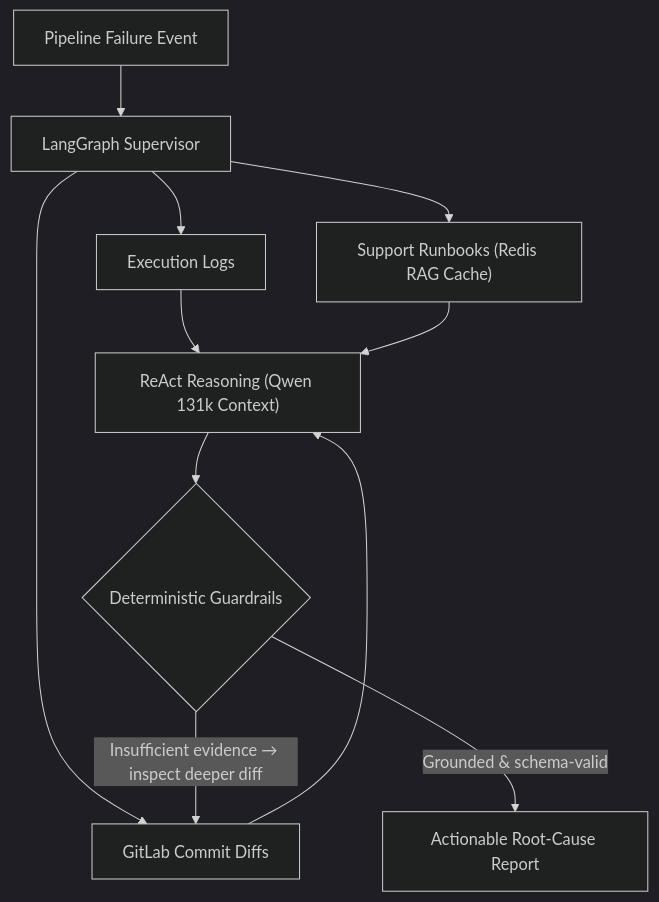
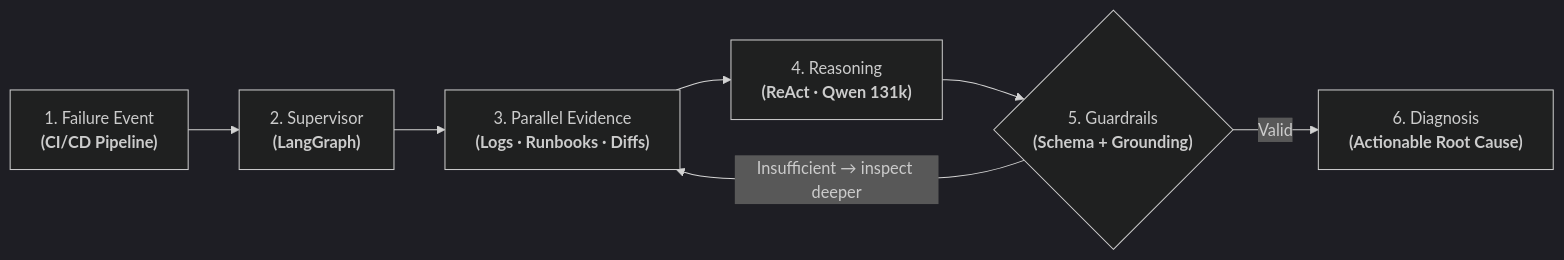
One commit to oredondo/oredondo.github.io changed the diagram in docs/blog/posts/2026-03-10-agentic-cicd-diagnostics-langgraph.md. Above: the diagram before and after it, drawn with Mermaid (dark theme). The commit also changed other lines of this file and 31 other files, not shown here.

First line of the commit message:
refactor(portfolio): unify architecture case studies, NextGen context, blog essays, and bilingual CV

````diff
--- a/docs/blog/posts/2026-03-10-agentic-cicd-diagnostics-langgraph.md
+++ b/docs/blog/posts/2026-03-10-agentic-cicd-diagnostics-langgraph.md
@@ -42,11 +42,9 @@
 ```mermaid
-flowchart TD
-    Event["Pipeline Failure Event"] --> Supervisor["LangGraph Supervisor"]
-    Supervisor --> Logs["Execution Logs"]
-    Supervisor --> Docs["Support Runbooks (Redis RAG Cache)"]
-    Supervisor --> Diffs["GitLab Commit Diffs"]
-    Logs & Docs & Diffs --> ReAct["ReAct Reasoning (Qwen 131k Context)"]
-    ReAct --> Gate{"Deterministic Guardrails"}
-    Gate -- "Insufficient evidence → inspect deeper diff" --> Diffs
-    Gate -- "Grounded & schema-valid" --> Diagnosis["Actionable Root-Cause Report"]
+flowchart LR
+    Event["1. Failure Event<br/><b>(CI/CD Pipeline)</b>"] --> Supervisor["2. Supervisor<br/><b>(LangGraph)</b>"]
+    Supervisor --> Gather["3. Parallel Evidence<br/><b>(Logs · Runbooks · Diffs)</b>"]
+    Gather --> ReAct["4. Reasoning<br/><b>(ReAct · Qwen 131k)</b>"]
+    ReAct --> Gate{"5. Guardrails<br/><b>(Schema + Grounding)</b>"}
+    Gate -- "Insufficient → inspect deeper" --> Gather
+    Gate -- "Valid" --> Diagnosis["6. Diagnosis<br/><b>(Actionable Root Cause)</b>"]
 ```
````
